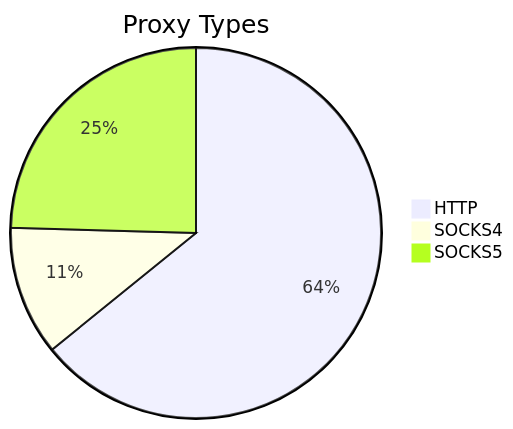
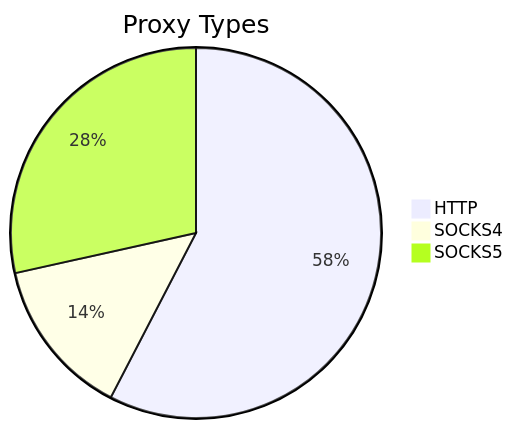
The first of 2 diagrams in README.md (stormsia/proxy-list), drawn with Mermaid before and after one commit. The commit also changed other lines of this file, not shown here.

````diff
--- a/README.md
+++ b/README.md
@@ -21,6 +21,6 @@
 ```mermaid
 pie title Proxy Types
-    "HTTP" : 290
-    "SOCKS4" : 51
-    "SOCKS5" : 111
+    "HTTP" : 265
+    "SOCKS4" : 64
+    "SOCKS5" : 131
 ```
````
